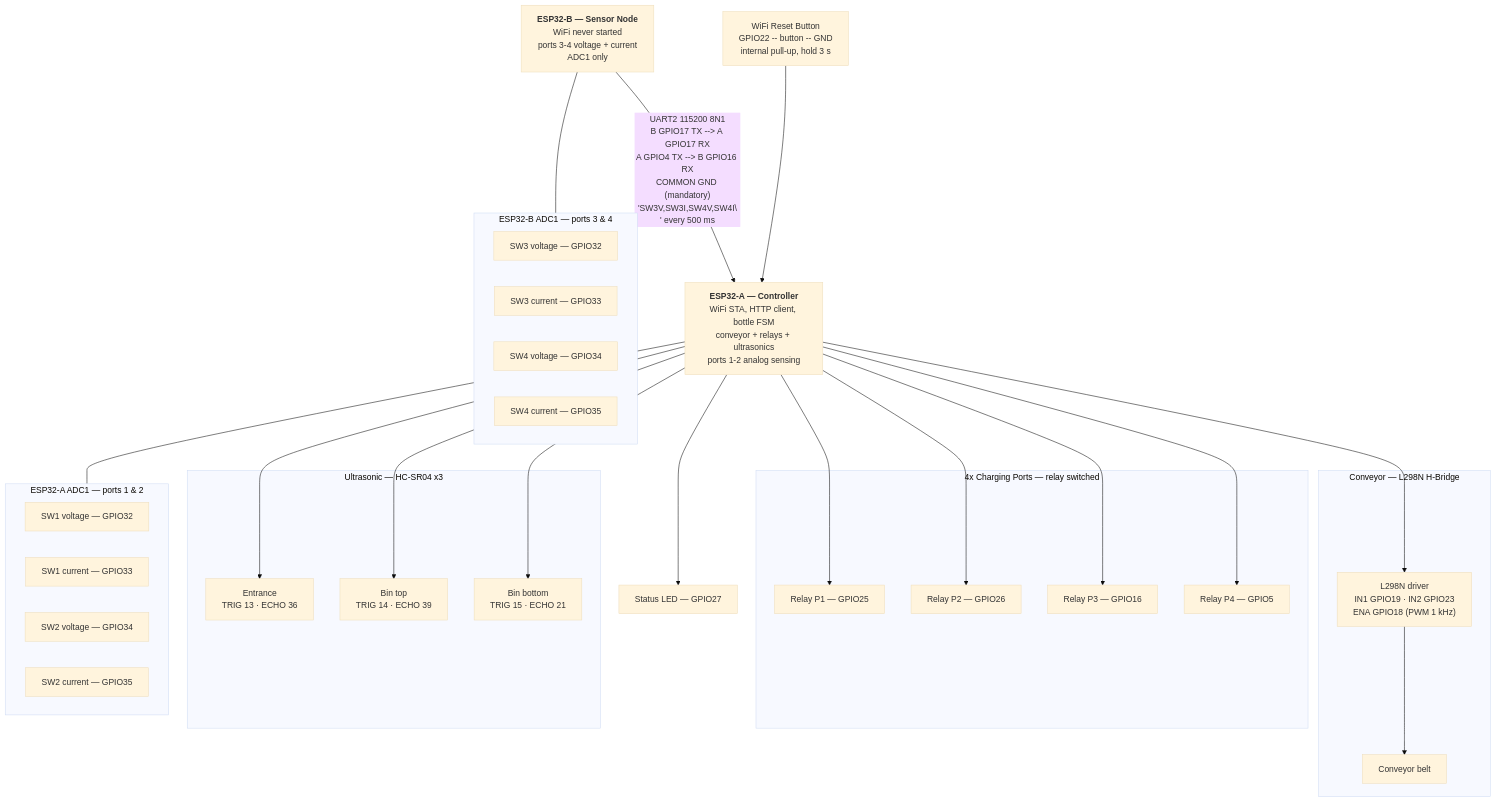
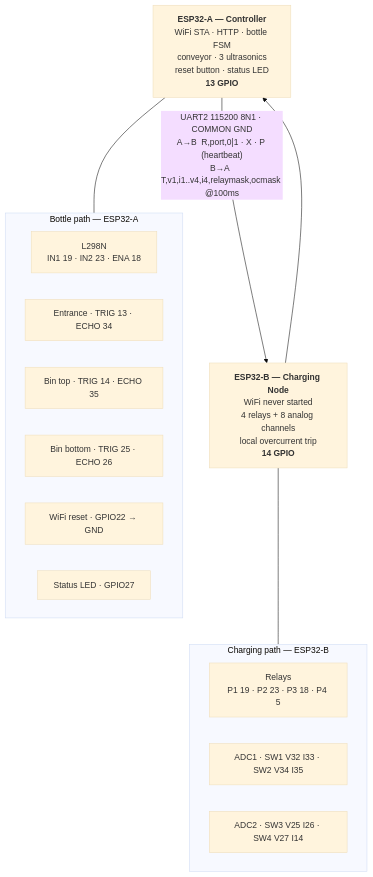
The diagram in docs/evidence/hardware-wiring-diagram.md (Shaloh69/EcoCharge---Bottle-Recycling-made-Anew), drawn with Mermaid (base theme) before and after one commit. The commit also changed other lines of this file and 11 other files, not shown here.

First line of the commit message:
feat(hardware): rev 4.0.0 - drop GPIO36/39, rebalance the two ESP32s by subsystem

````diff
--- a/docs/evidence/hardware-wiring-diagram.md
+++ b/docs/evidence/hardware-wiring-diagram.md
@@ -41,50 +37,26 @@
 ```mermaid
 flowchart TB
-    ESPA["<b>ESP32-A — Controller</b><br/>WiFi STA, HTTP client, bottle FSM<br/>conveyor + relays + ultrasonics<br/>ports 1-2 analog sensing"]
-    ESPB["<b>ESP32-B — Sensor Node</b><br/>WiFi never started<br/>ports 3-4 voltage + current<br/>ADC1 only"]
+    ESPA["<b>ESP32-A — Controller</b><br/>WiFi STA · HTTP · bottle FSM<br/>conveyor · 3 ultrasonics<br/>reset button · status LED<br/><b>13 GPIO</b>"]
+    ESPB["<b>ESP32-B — Charging Node</b><br/>WiFi never started<br/>4 relays + 8 analog channels<br/>local overcurrent trip<br/><b>14 GPIO</b>"]
 
-    ESPB -- "UART2 115200 8N1<br/>B GPIO17 TX --> A GPIO17 RX<br/>A GPIO4 TX --> B GPIO16 RX<br/>COMMON GND (mandatory)<br/>'SW3V,SW3I,SW4V,SW4I\\n' every 500 ms" --> ESPA
+    ESPA -- "UART2 115200 8N1 · COMMON GND<br/>A→B  R,port,0|1 · X · P (heartbeat)<br/>B→A  T,v1,i1..v4,i4,relaymask,ocmask @100ms" --> ESPB
+    ESPB --> ESPA
 
-    subgraph motor["Conveyor — L298N H-Bridge"]
-        L298N["L298N driver<br/>IN1 GPIO19 · IN2 GPIO23<br/>ENA GPIO18 (PWM 1 kHz)"]
-        Belt["Conveyor belt"]
+    subgraph bottle["Bottle path — ESP32-A"]
+        L298N["L298N<br/>IN1 19 · IN2 23 · ENA 18"]
+        U1["Entrance · TRIG 13 · ECHO 34"]
+        U2["Bin top · TRIG 14 · ECHO 35"]
+        U3["Bin bottom · TRIG 25 · ECHO 26"]
+        BTN["WiFi reset · GPIO22 → GND"]
+        LED["Status LED · GPIO27"]
     end
 
-    subgraph ports["4x Charging Ports — relay switched"]
-        R1["Relay P1 — GPIO25"]
-        R2["Relay P2 — GPIO26"]
-        R3["Relay P3 — GPIO16"]
-        R4["Relay P4 — GPIO5"]
+    subgraph charging["Charging path — ESP32-B"]
+        R["Relays<br/>P1 19 · P2 23 · P3 18 · P4 5"]
+        A1["ADC1 · SW1 V32 I33 · SW2 V34 I35"]
+        A2["ADC2 · SW3 V25 I26 · SW4 V27 I14"]
     end
 
-    subgraph sonar["Ultrasonic — HC-SR04 x3"]
-        U1["Entrance<br/>TRIG 13 · ECHO 36"]
-        U2["Bin top<br/>TRIG 14 · ECHO 39"]
-        U3["Bin bottom<br/>TRIG 15 · ECHO 21"]
-    end
-
-    subgraph localadc["ESP32-A ADC1 — ports 1 & 2"]
-        A1["SW1 voltage — GPIO32"]
-        A2["SW1 current — GPIO33"]
-        A3["SW2 voltage — GPIO34"]
-        A4["SW2 current — GPIO35"]
-    end
-
-    subgraph remoteadc["ESP32-B ADC1 — ports 3 & 4"]
-        B1["SW3 voltage — GPIO32"]
-        B2["SW3 current — GPIO33"]
-        B3["SW4 voltage — GPIO34"]
-        B4["SW4 current — GPIO35"]
-    end
-
-    BTN["WiFi Reset Button<br/>GPIO22 -- button -- GND<br/>internal pull-up, hold 3 s"]
-    LED["Status LED — GPIO27"]
-
-    ESPA --> L298N --> Belt
-    ESPA --> R1 & R2 & R3 & R4
-    ESPA --> U1 & U2 & U3
-    ESPA --- localadc
-    ESPB --- remoteadc
-    BTN --> ESPA
-    ESPA --> LED
+    ESPA --- bottle
+    ESPB --- charging
 ```
````
